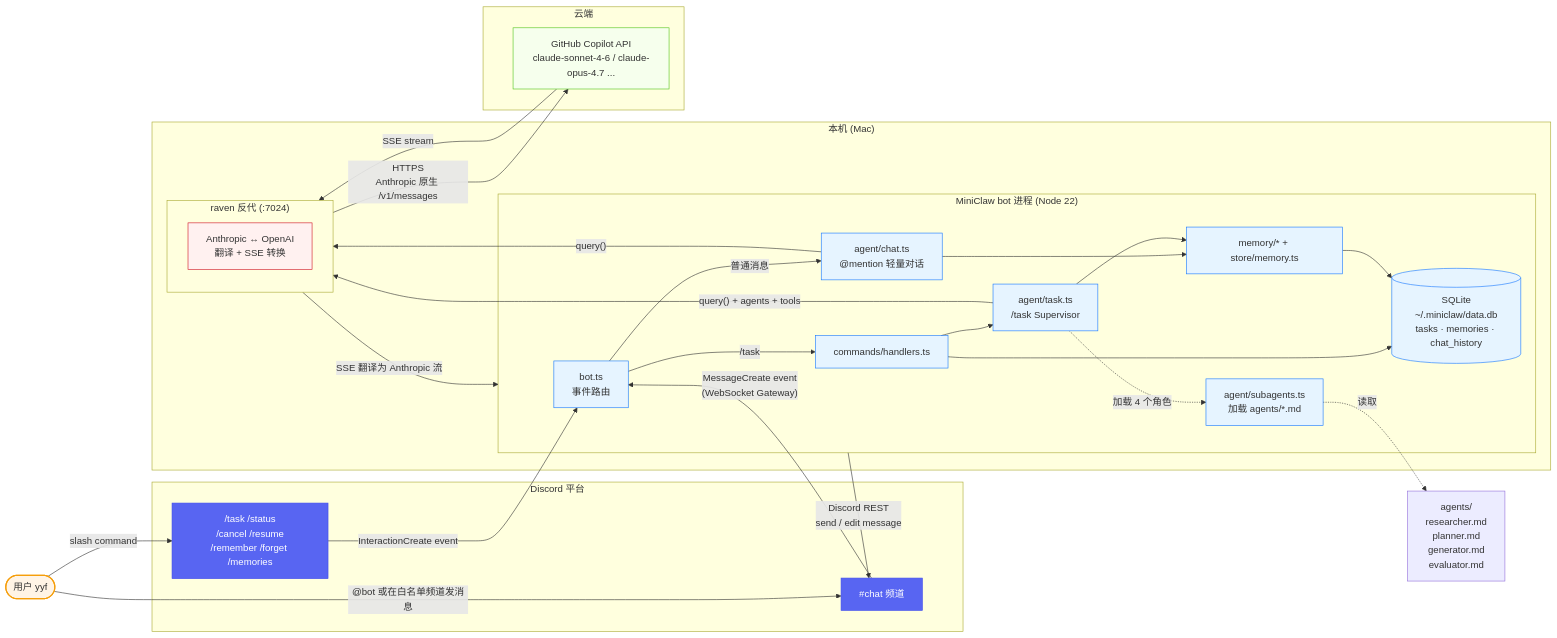
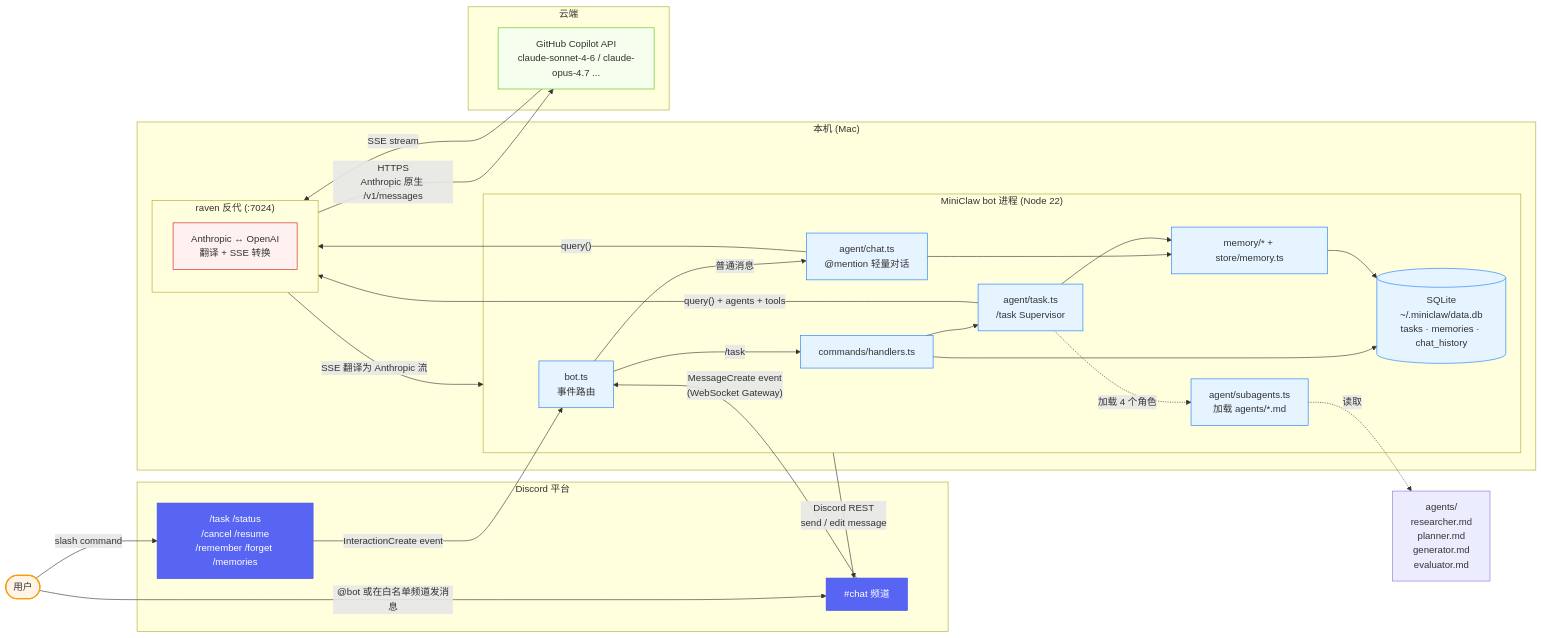
The first of 4 diagrams in docs/architecture.md (yuanyunfan/miniclaw), drawn with Mermaid before and after one commit. The commit also changed 6 other files, not shown here.

````diff
--- a/docs/architecture.md
+++ b/docs/architecture.md
@@ -10,65 +10,65 @@
 ```mermaid
 flowchart LR
-    User([用户 yyf])
+    User([用户])
 
     subgraph Discord["Discord 平台"]
         DC["#chat 频道"]
         SC["/task /status<br/>/cancel /resume<br/>/remember /forget /memories"]
     end
 
     subgraph LocalMac["本机 (Mac)"]
         subgraph MiniClaw["MiniClaw bot 进程 (Node 22)"]
             BOT["bot.ts<br/>事件路由"]
             CHAT["agent/chat.ts<br/>@mention 轻量对话"]
             TASK["agent/task.ts<br/>/task Supervisor"]
             HANDLERS["commands/handlers.ts"]
             SUBA["agent/subagents.ts<br/>加载 agents/*.md"]
             MEM["memory/* + store/memory.ts"]
             DB[("SQLite<br/>~/.miniclaw/data.db<br/>tasks · memories · chat_history")]
         end
 
         subgraph Raven["raven 反代 (:7024)"]
             RAVEN["Anthropic ↔ OpenAI<br/>翻译 + SSE 转换"]
         end
     end
 
     subgraph Cloud["云端"]
         COPILOT["GitHub Copilot API<br/>claude-sonnet-4-6 / claude-opus-4.7 ..."]
     end
 
     User -->|"@bot 或在白名单频道发消息"| DC
     User -->|"slash command"| SC
     DC -->|"MessageCreate event<br/>(WebSocket Gateway)"| BOT
     SC -->|"InteractionCreate event"| BOT
 
     BOT -->|"普通消息"| CHAT
     BOT -->|"/task"| HANDLERS
     HANDLERS --> TASK
 
     CHAT -->|"query()"| Raven
     TASK -->|"query() + agents + tools"| Raven
     TASK -.->|"加载 4 个角色"| SUBA
     SUBA -.->|"读取"| AGENTS["agents/<br/>researcher.md<br/>planner.md<br/>generator.md<br/>evaluator.md"]
 
     CHAT --> MEM
     TASK --> MEM
     HANDLERS --> DB
     MEM --> DB
 
     Raven -->|"HTTPS<br/>Anthropic 原生 /v1/messages"| COPILOT
     COPILOT -->|"SSE stream"| Raven
     Raven -->|"SSE 翻译为 Anthropic 流"| MiniClaw
 
     MiniClaw -->|"Discord REST<br/>send / edit message"| DC
 
     classDef user fill:#fff4e6,stroke:#f59e0b,stroke-width:2px
     classDef discord fill:#5865f2,color:#fff,stroke:#404eed
     classDef miniclaw fill:#e6f4ff,stroke:#1677ff
     classDef raven fill:#fff1f0,stroke:#cf1322
     classDef cloud fill:#f6ffed,stroke:#52c41a
     class User user
     class DC,SC discord
     class BOT,CHAT,TASK,HANDLERS,SUBA,MEM,DB miniclaw
     class RAVEN raven
     class COPILOT cloud
 ```
````
